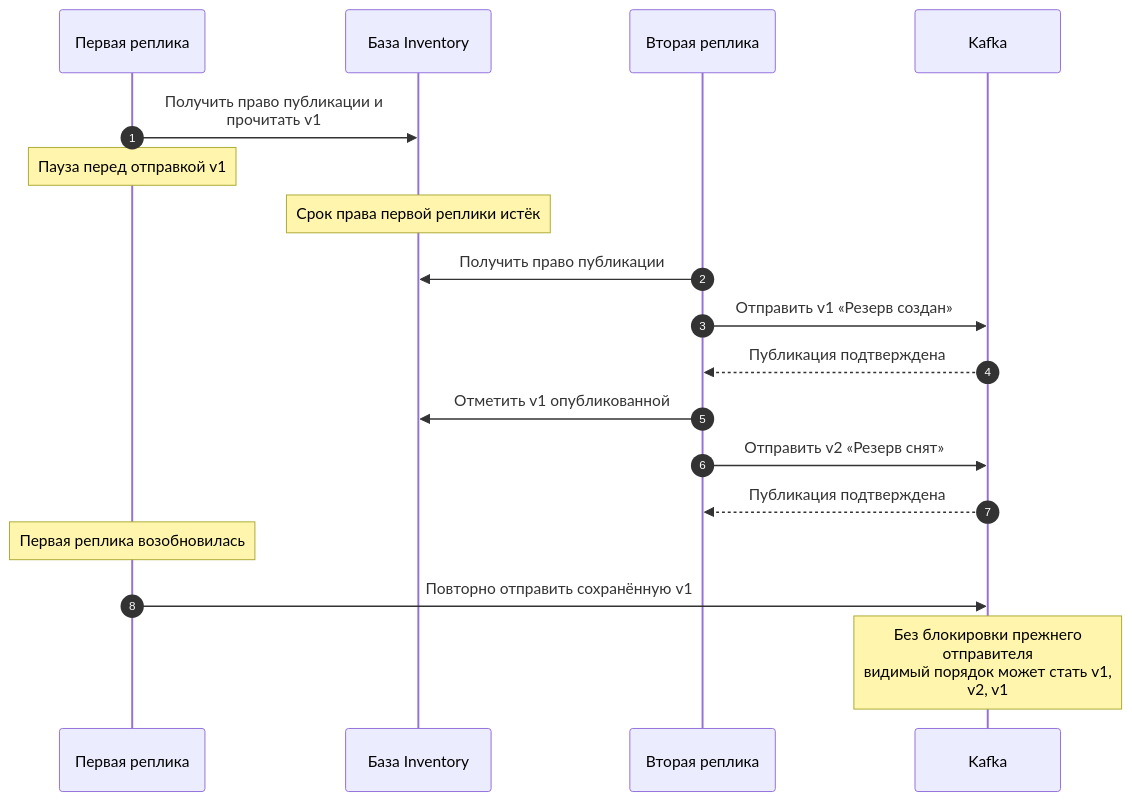
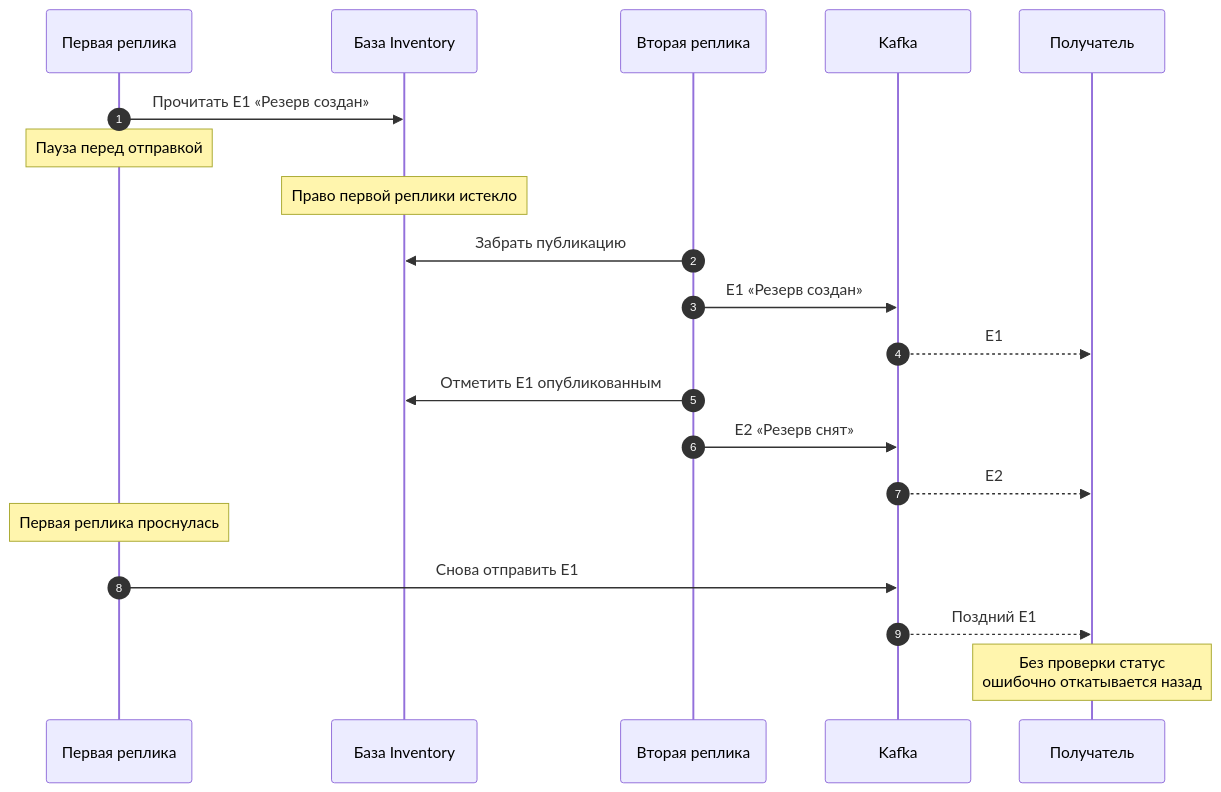
The first of 5 diagrams in docs/architecture/KAFKA_PUBLISHING.md (Includeoyasi/faultline-lab), drawn with Mermaid before and after one commit. The commit also changed other lines of this file, not shown here.

Commit message:
docs: prepare F09 publishing architecture decision

````diff
--- a/docs/architecture/KAFKA_PUBLISHING.md
+++ b/docs/architecture/KAFKA_PUBLISHING.md
@@ -14,20 +12,22 @@
 ```mermaid
 sequenceDiagram
     autonumber
     participant A as Первая реплика
     participant DB as База Inventory
     participant B as Вторая реплика
     participant K as Kafka
-    A->>DB: Получить право публикации и<br/>прочитать v1
-    Note over A: Пауза перед отправкой v1
-    Note over DB: Срок права первой реплики истёк
-    B->>DB: Получить право публикации
-    B->>K: Отправить v1 «Резерв создан»
-    K-->>B: Публикация подтверждена
-    B->>DB: Отметить v1 опубликованной
-    B->>K: Отправить v2 «Резерв снят»
-    K-->>B: Публикация подтверждена
-    Note over A: Первая реплика возобновилась
-    A->>K: Повторно отправить сохранённую v1
-    Note over K: Без блокировки прежнего<br/>отправителя<br/>видимый порядок может стать v1,<br/>v2, v1
+    participant C as Получатель
+    A->>DB: Прочитать E1 «Резерв создан»
+    Note over A: Пауза перед отправкой
+    Note over DB: Право первой реплики истекло
+    B->>DB: Забрать публикацию
+    B->>K: E1 «Резерв создан»
+    K-->>C: E1
+    B->>DB: Отметить E1 опубликованным
+    B->>K: E2 «Резерв снят»
+    K-->>C: E2
+    Note over A: Первая реплика проснулась
+    A->>K: Снова отправить E1
+    K-->>C: Поздний E1
+    Note over C: Без проверки статус<br/>ошибочно откатывается назад
 ```
````
